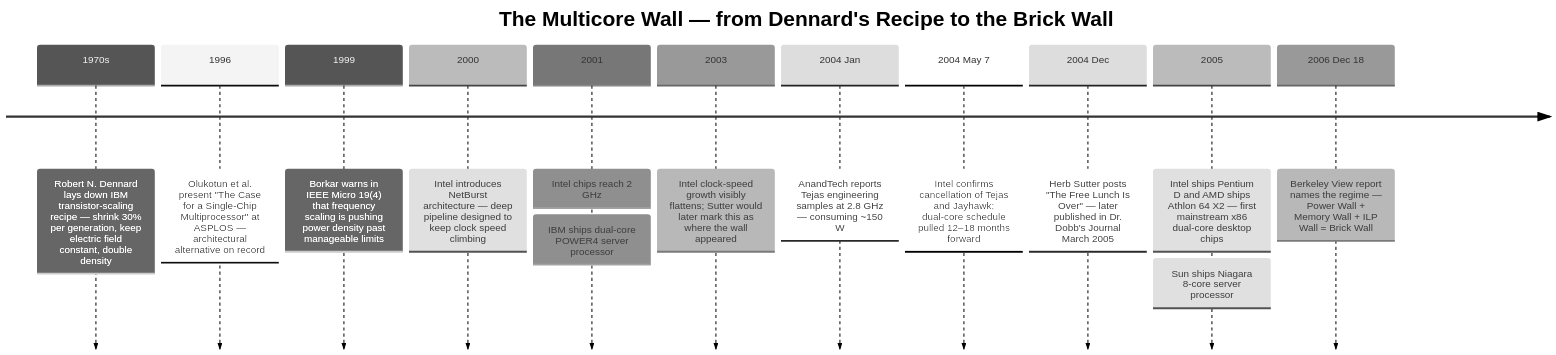
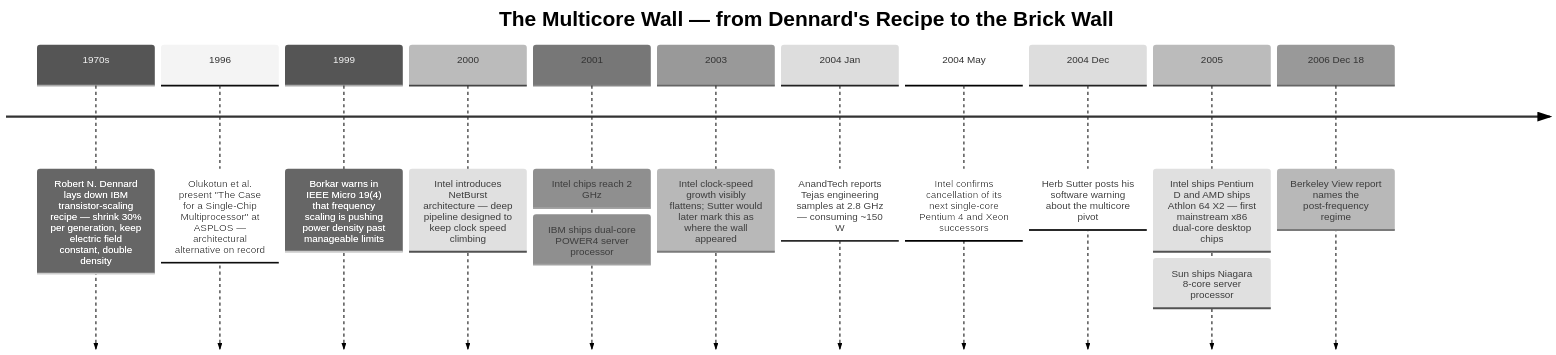
One commit to krisztiankoos/kubedojo changed the diagram in src/content/docs/ai-history/ch-36-the-multicore-wall.md. Above: the diagram before and after it, drawn with Mermaid (neutral theme). The commit also changed other lines of this file and 2 other files, not shown here.

````diff
--- a/src/content/docs/ai-history/ch-36-the-multicore-wall.md
+++ b/src/content/docs/ai-history/ch-36-the-multicore-wall.md
@@ -29,15 +29,15 @@
 ```mermaid
 timeline
     title The Multicore Wall — from Dennard's Recipe to the Brick Wall
     1970s : Robert N. Dennard lays down IBM transistor-scaling recipe — shrink 30% per generation, keep electric field constant, double density
     1996 : Olukotun et al. present "The Case for a Single-Chip Multiprocessor" at ASPLOS — architectural alternative on record
     1999 : Borkar warns in IEEE Micro 19(4) that frequency scaling is pushing power density past manageable limits
     2000 : Intel introduces NetBurst architecture — deep pipeline designed to keep clock speed climbing
     2001 : Intel chips reach 2 GHz : IBM ships dual-core POWER4 server processor
     2003 : Intel clock-speed growth visibly flattens; Sutter would later mark this as where the wall appeared
     2004 Jan : AnandTech reports Tejas engineering samples at 2.8 GHz — consuming ~150 W
-    2004 May 7 : Intel confirms cancellation of Tejas and Jayhawk; dual-core schedule pulled 12–18 months forward
-    2004 Dec : Herb Sutter posts "The Free Lunch Is Over" — later published in Dr. Dobb's Journal March 2005
+    2004 May : Intel confirms cancellation of its next single-core Pentium 4 and Xeon successors
+    2004 Dec : Herb Sutter posts his software warning about the multicore pivot
     2005 : Intel ships Pentium D and AMD ships Athlon 64 X2 — first mainstream x86 dual-core desktop chips : Sun ships Niagara 8-core server processor
-    2006 Dec 18 : Berkeley View report names the regime — Power Wall + Memory Wall + ILP Wall = Brick Wall
+    2006 Dec 18 : Berkeley View report names the post-frequency regime
 ```
````
